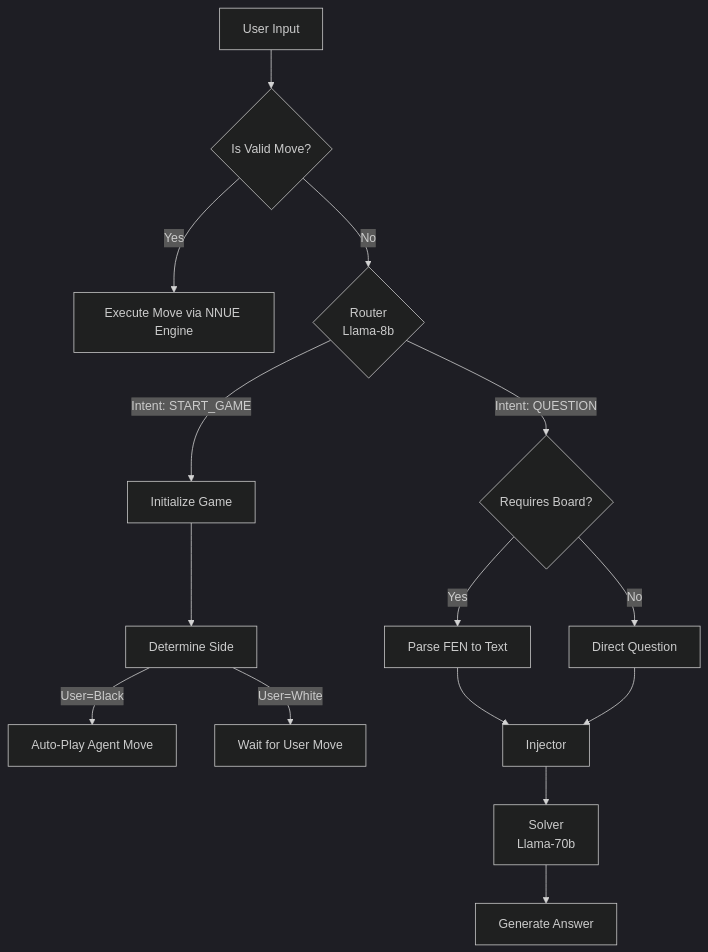
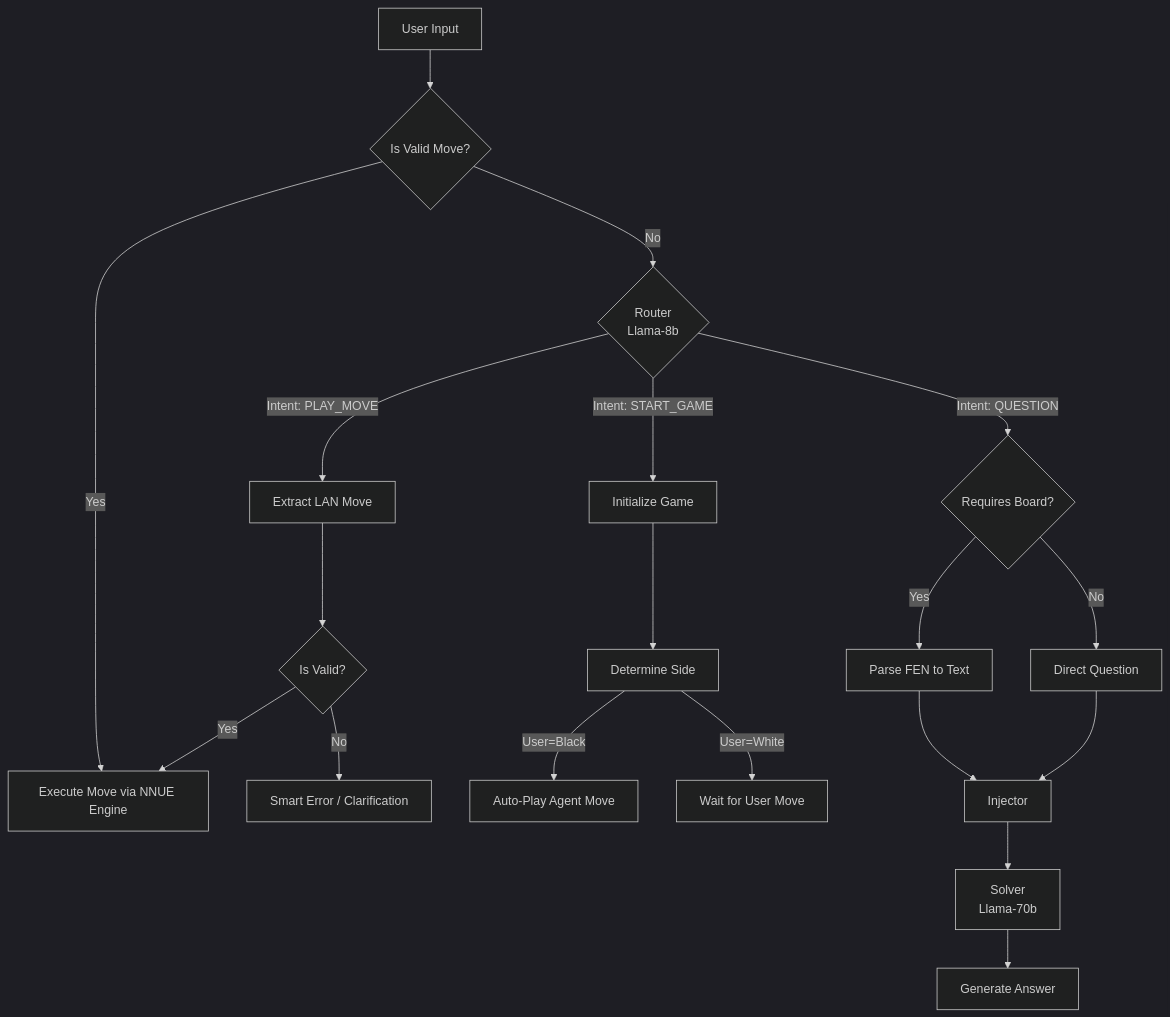
One commit to l145dev/chess-ai changed the diagram in chatbot/README.md. Above: the diagram before and after it, drawn with Mermaid (dark theme). The commit also changed other lines of this file and 2 other files, not shown here.

Commit message:
feat: improve initial page load by rendering react without SSR delay

````diff
--- a/chatbot/README.md
+++ b/chatbot/README.md
@@ -33,17 +33,24 @@
 ```mermaid
 graph TD
     A[User Input] --> B{Is Valid Move?}
     B -->|Yes| C[Execute Move via NNUE Engine]
     B -->|No| D{Router <br/> Llama-8b}
     D -->|Intent: START_GAME| E[Initialize Game]
+    D -->|Intent: PLAY_MOVE| N[Extract LAN Move]
     D -->|Intent: QUESTION| F{Requires Board?}
+
+    N --> O{Is Valid?}
+    O -->|Yes| C
+    O -->|No| P[Smart Error / Clarification]
+
     E --> G[Determine Side]
     G -->|User=Black| H[Auto-Play Agent Move]
     G -->|User=White| I[Wait for User Move]
+
     F -->|Yes| J[Parse FEN to Text]
     F -->|No| K[Direct Question]
     J --> L[Injector]
     K --> L
     L --> M[Solver <br/> Llama-70b]
-    M --> N[Generate Answer]
+    M --> Q[Generate Answer]
 ```
````
